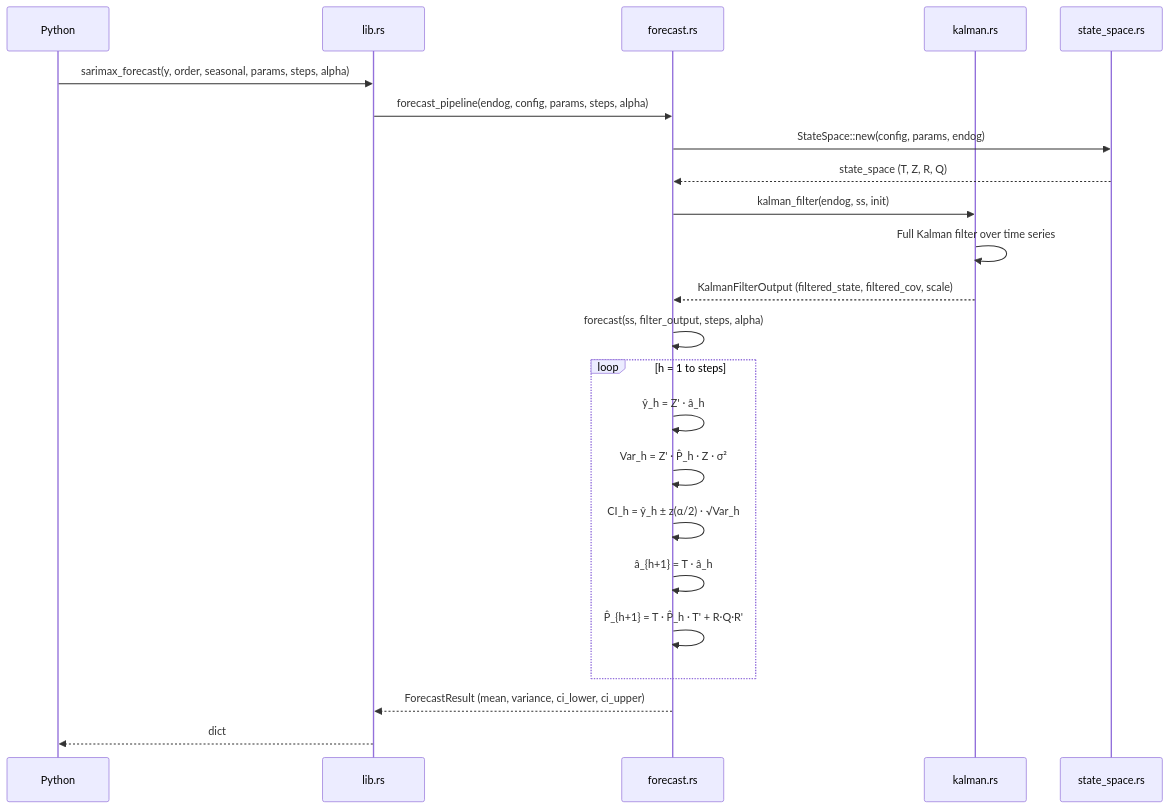
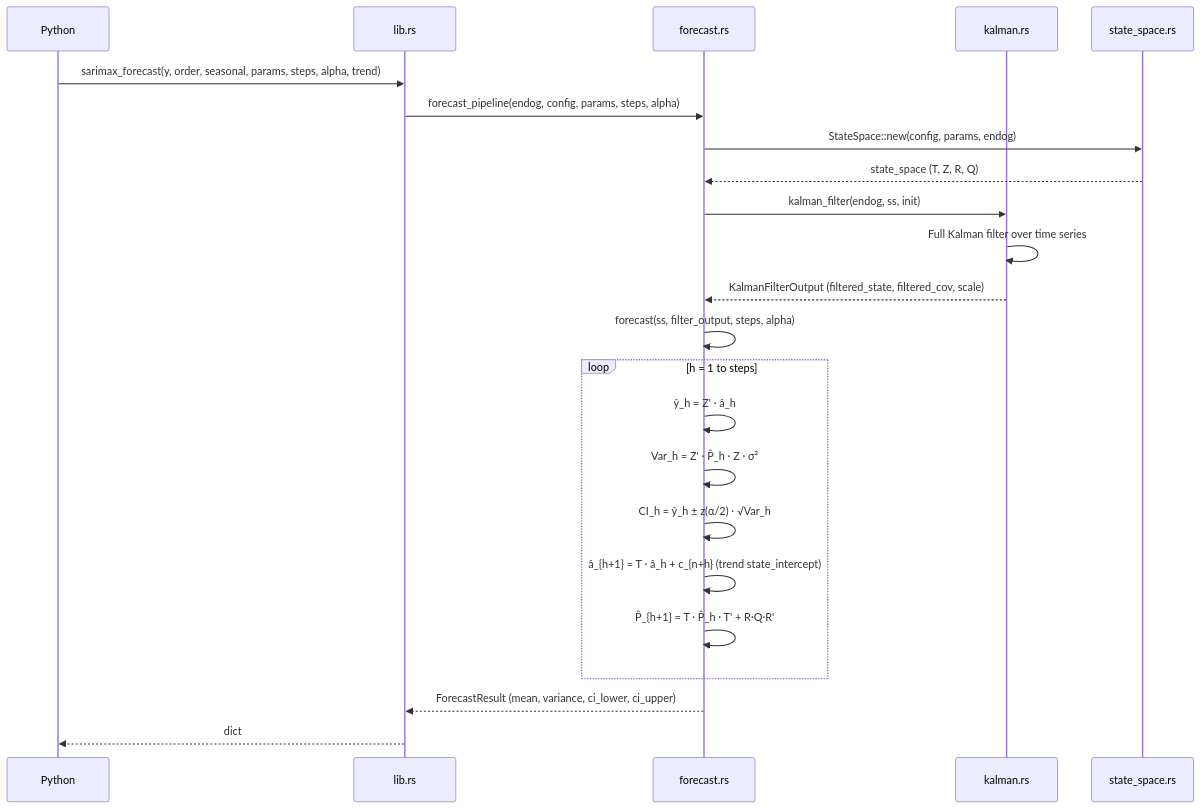
One commit to zongseung/Rust-python-arima changed the third of 5 diagrams in README.md. Above: the diagram before and after it, drawn with Mermaid. The commit also changed other lines of this file, not shown here.

````diff
--- a/README.md
+++ b/README.md
@@ -277,31 +358,31 @@
 ```mermaid
 sequenceDiagram
     participant P as Python
     participant L as lib.rs
     participant F as forecast.rs
     participant K as kalman.rs
     participant SS as state_space.rs
 
-    P->>L: sarimax_forecast(y, order, seasonal, params, steps, alpha)
+    P->>L: sarimax_forecast(y, order, seasonal, params, steps, alpha, trend)
     L->>F: forecast_pipeline(endog, config, params, steps, alpha)
 
     F->>SS: StateSpace::new(config, params, endog)
     SS-->>F: state_space (T, Z, R, Q)
 
     F->>K: kalman_filter(endog, ss, init)
     K->>K: Full Kalman filter over time series
     K-->>F: KalmanFilterOutput (filtered_state, filtered_cov, scale)
 
     F->>F: forecast(ss, filter_output, steps, alpha)
 
     loop h = 1 to steps
         F->>F: ŷ_h = Z' · â_h
         F->>F: Var_h = Z' · P̂_h · Z · σ²
         F->>F: CI_h = ŷ_h ± z(α/2) · √Var_h
-        F->>F: â_{h+1} = T · â_h
+        F->>F: â_{h+1} = T · â_h + c_{n+h}  (trend state_intercept)
         F->>F: P̂_{h+1} = T · P̂_h · T' + R·Q·R'
     end
 
     F-->>L: ForecastResult (mean, variance, ci_lower, ci_upper)
     L-->>P: dict
 ```
````
